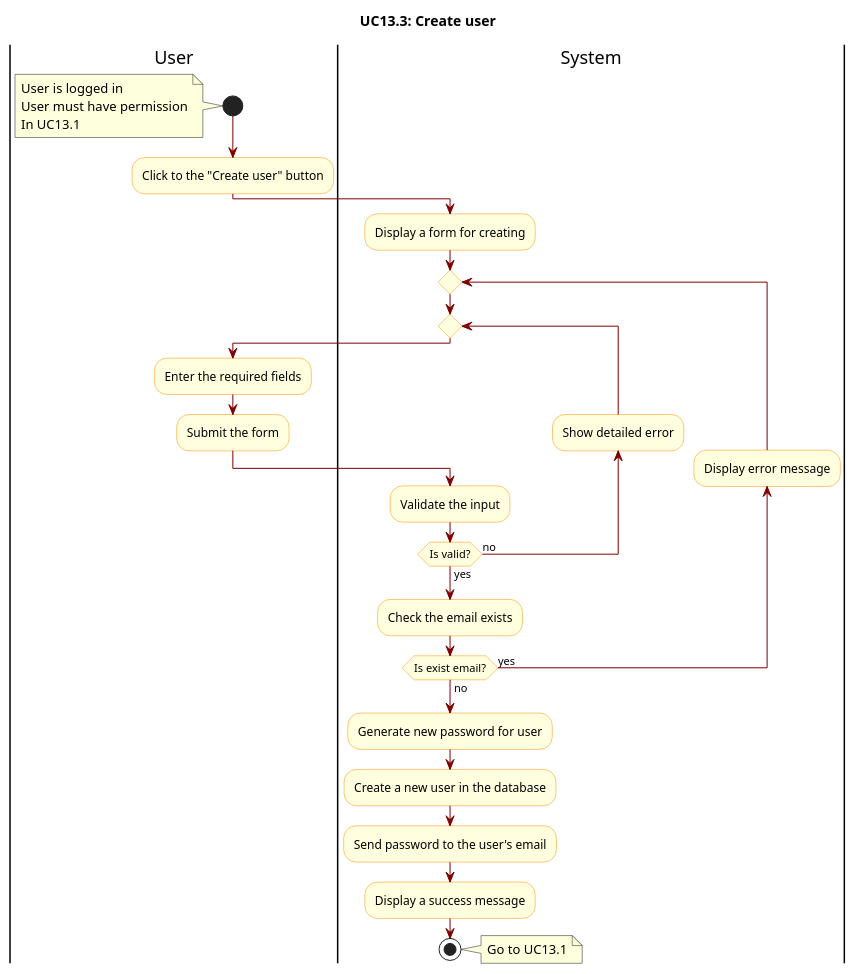
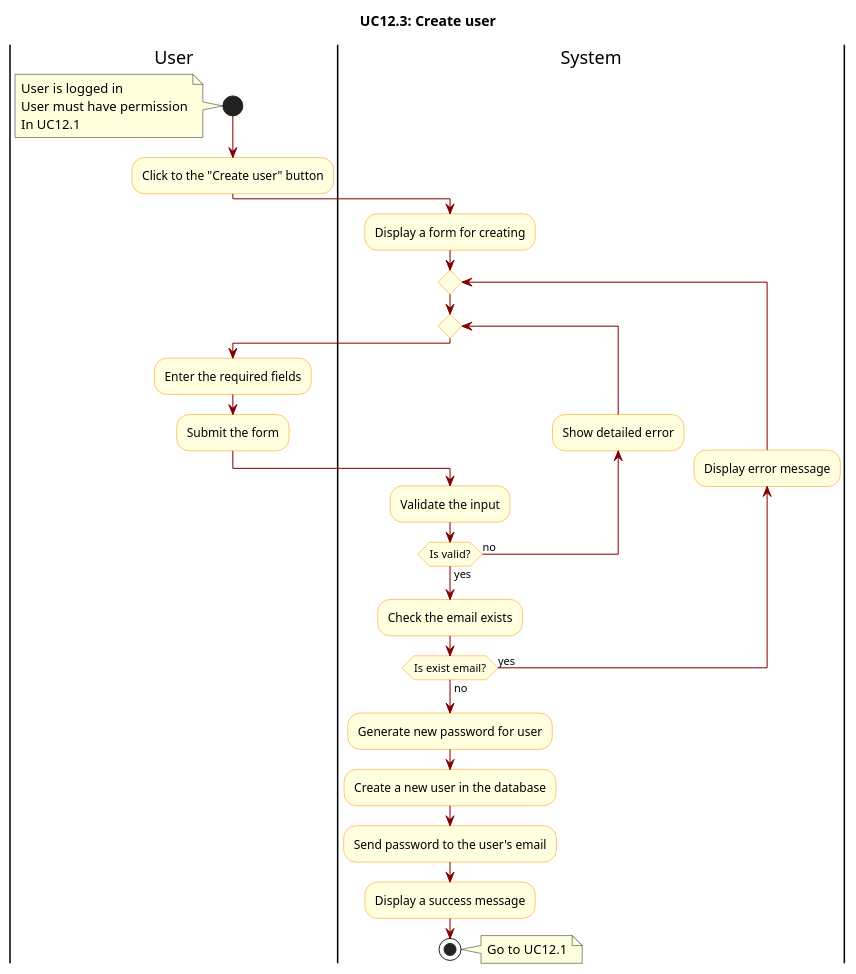
The diagram in docs/activity diagram/UC13.3-CreateUser.wsd (hiusnguyen201/BE_ClothingShop), drawn with PlantUML before and after one commit. The commit also changed 79 other files, not shown here.

Commit message:
#73 thuongbsls2004 fix activity diagram

```diff
--- a/docs/activity diagram/UC13.3-CreateUser.wsd
+++ b/docs/activity diagram/UC13.3-CreateUser.wsd
@@ -1,51 +1,51 @@
 @startuml
 
 skinparam ActivityBackgroundColor LightYellow
 skinparam ActivityBorderColor DarkOrange
 skinparam ArrowColor Maroon
 
-title UC13.3: Create user
+title UC12.3: Create user
 
 |User|
 start
 note left
     User is logged in  
     User must have permission
-    In UC13.1
+    In UC12.1
 end note
 
 |User|
 :Click to the "Create user" button;
 
 |System|
 :Display a form for creating;
 
 repeat 
     repeat
         |User|
         :Enter the required fields;
         :Submit the form;
 
         |System|
         :Validate the input;
 
         backward :Show detailed error;
     repeat while(Is valid?) is(no) not(yes)
 
     |System|
     :Check the email exists;
 
     backward :Display error message;
 repeat while(Is exist email?) is(yes) not(no)
 
 :Generate new password for user;
 :Create a new user in the database;
 :Send password to the user's email;
 :Display a success message;
 
 stop
 note right
-    Go to UC13.1
+    Go to UC12.1
 end note
 
 @enduml
```
